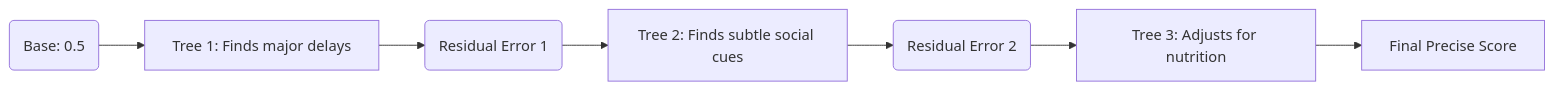
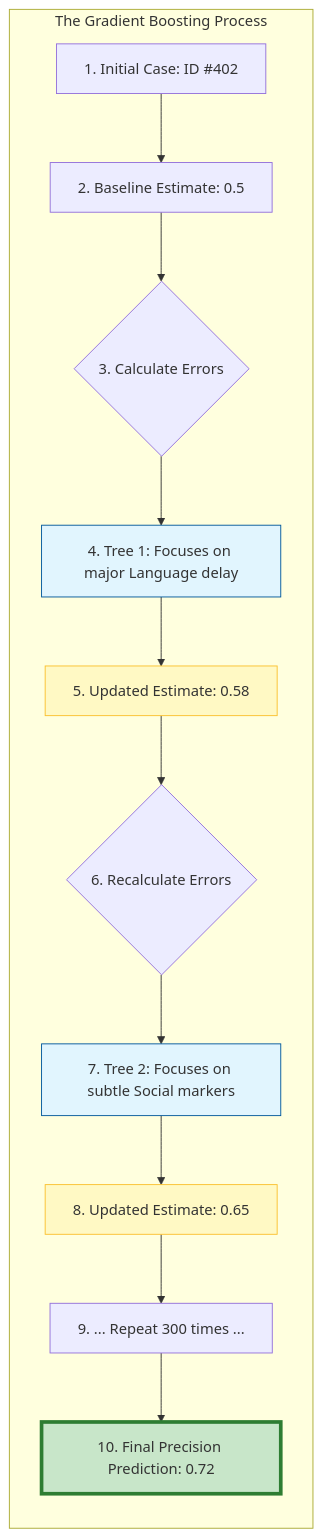
Before and after one commit to ShaikSameerShubhan0089/RISE: the third of 3 diagrams in model_kt.md, drawn with Mermaid. The commit also changed other lines of this file, not shown here.

````diff
--- a/model_kt.md
+++ b/model_kt.md
@@ -69,9 +84,20 @@
 ```mermaid
 graph LR
-    Start(Base: 0.5) --> T1[Tree 1: Finds major delays]
-    T1 --> R1(Residual Error 1)
-    R1 --> T2[Tree 2: Finds subtle social cues]
-    T2 --> R2(Residual Error 2)
-    R2 --> T3[Tree 3: Adjusts for nutrition]
-    T3 --> Final[Final Precise Score]
+    subgraph "The Gradient Boosting Process"
+    Start[1. Initial Case: ID #402] --> Guess[2. Baseline Estimate: 0.5]
+    Guess --> Res1{3. Calculate Errors}
+    Res1 --> T1[4. Tree 1: Focuses on major Language delay]
+    T1 --> Update1[5. Updated Estimate: 0.58]
+    Update1 --> Res2{6. Recalculate Errors}
+    Res2 --> T2[7. Tree 2: Focuses on subtle Social markers]
+    T2 --> Update2[8. Updated Estimate: 0.65]
+    Update2 --> More[9. ... Repeat 300 times ...]
+    More --> Final[10. Final Precision Prediction: 0.72]
+    end
+
+    style T1 fill:#e1f5fe,stroke:#01579b
+    style T2 fill:#e1f5fe,stroke:#01579b
+    style Update1 fill:#fff9c4,stroke:#fbc02d
+    style Update2 fill:#fff9c4,stroke:#fbc02d
+    style Final fill:#c8e6c9,stroke:#2e7d32,stroke-width:4px
 ```
````
